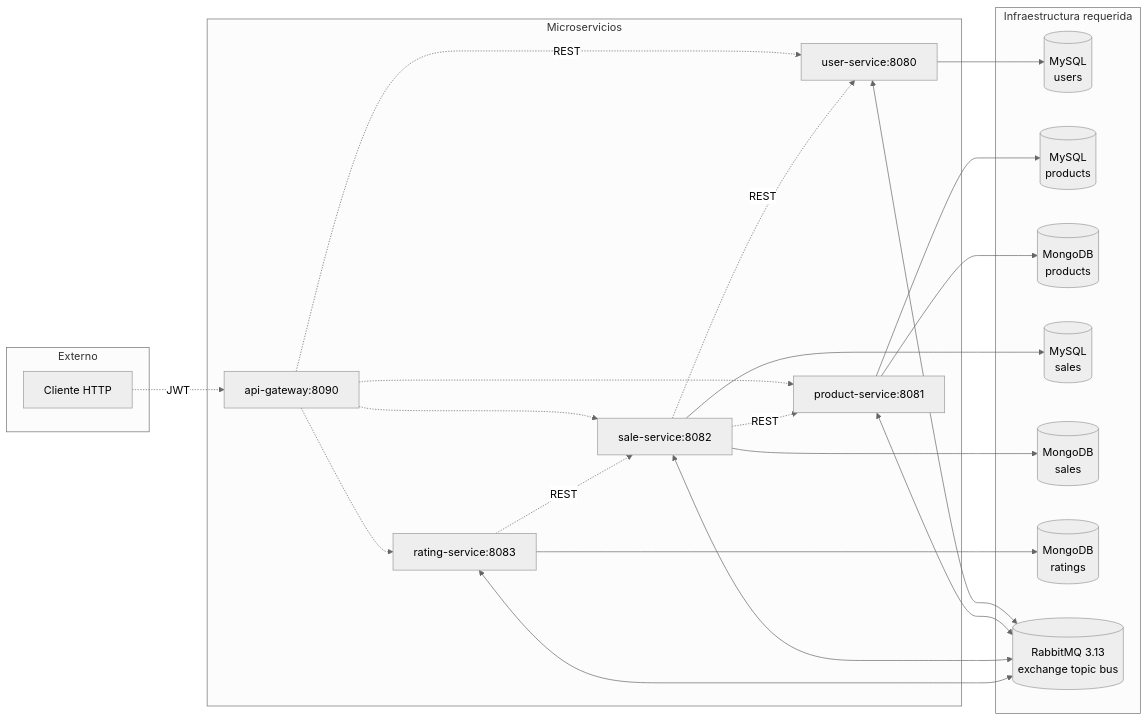
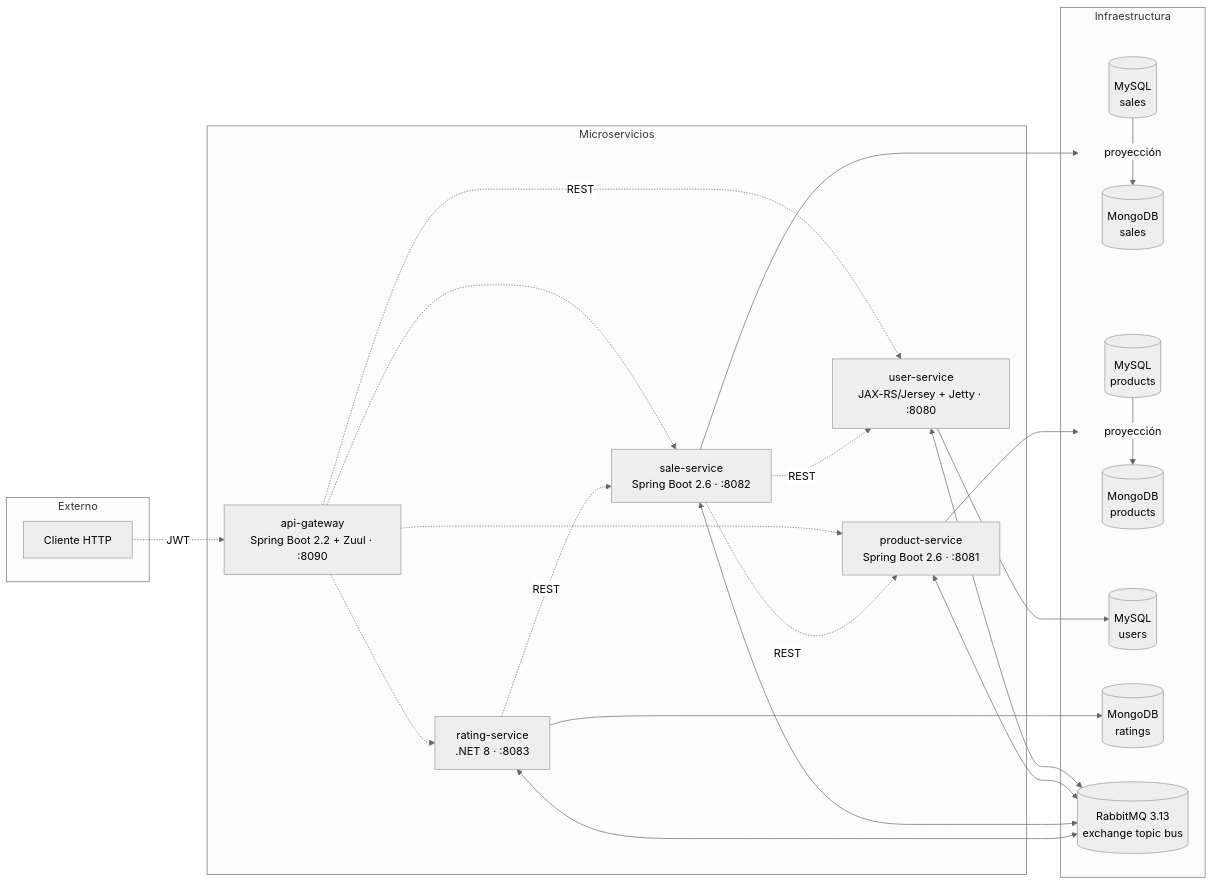
One commit to ibracb/segundum changed the diagram in docs/01-backend.md. Above: the diagram before and after it, drawn with Mermaid (neutral theme).

Commit message:
Update backend documentation with better microservice details

````diff
--- a/docs/01-backend.md
+++ b/docs/01-backend.md
@@ -30,46 +30,58 @@
 ```mermaid
 flowchart LR
     subgraph Externo
         C[Cliente HTTP]
     end
 
     subgraph "Microservicios"
-        G["api-gateway:8090"]
-        U["user-service:8080"]
-        P["product-service:8081"]
-        S["sale-service:8082"]
-        R["rating-service:8083"]
+        G["api-gateway<br/>Spring Boot 2.2 + Zuul · :8090"]
+        U["user-service<br/>JAX-RS/Jersey + Jetty · :8080"]
+        P["product-service<br/>Spring Boot 2.6 · :8081"]
+        S["sale-service<br/>Spring Boot 2.6 · :8082"]
+        R["rating-service<br/>.NET 8 · :8083"]
     end
 
-    subgraph "Infraestructura requerida"
+    subgraph "Infraestructura"
         MU[(MySQL<br/>users)]
-        MP[(MySQL<br/>products)]
-        MO[(MongoDB<br/>products)]
-        MS[(MySQL<br/>sales)]
-        SO[(MongoDB<br/>sales)]
+
+        subgraph DBP [" "]
+            direction TB
+            MP[(MySQL<br/>products)]
+            MO[(MongoDB<br/>products)]
+            MP --> |proyección| MO
+        end
+
+        subgraph DBS [" "]
+            direction TB
+            MS[(MySQL<br/>sales)]
+            SO[(MongoDB<br/>sales)]
+            MS --> |proyección| SO
+        end
+
         RO[(MongoDB<br/>ratings)]
         Q[(RabbitMQ 3.13<br/>exchange topic bus)]
     end
 
     C -.->|JWT| G
     G -.->|REST| U
     G -.-> P
     G -.-> S
     G -.-> R
 
     U --> MU
-    P --> MP
-    P --> MO
-    S --> MS
-    S --> SO
+    P --> DBP
+    S --> DBS
     R --> RO
 
     U <--> Q
     P <--> Q
     S <--> Q
     R <--> Q
 
     S -.->|REST| U
     S -.->|REST| P
     R -.->|REST| S
+    
+    style DBP fill:none,stroke:none
+    style DBS fill:none,stroke:none
 ```
````
